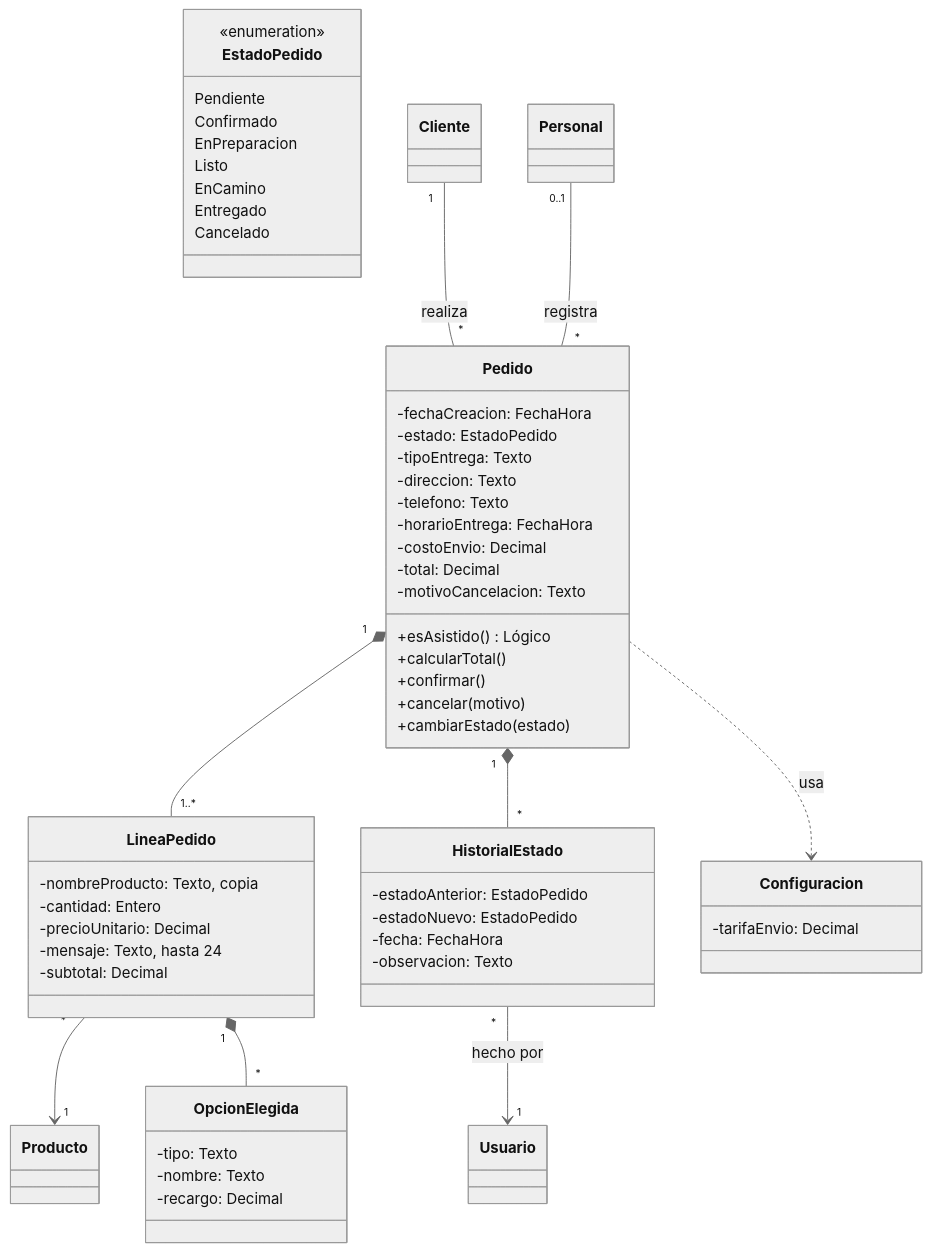
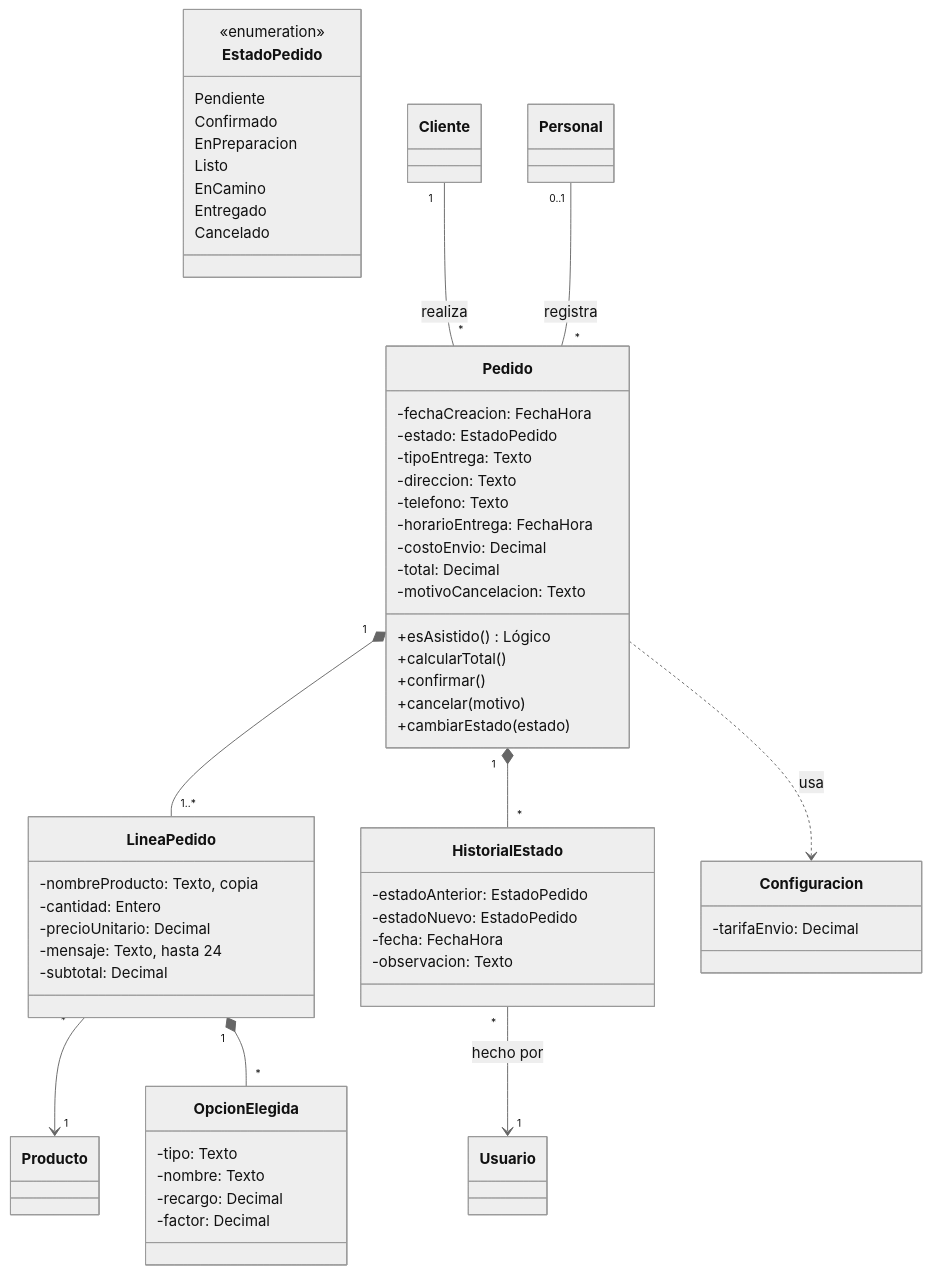
Before and after one commit to Anton10-AR/DulcesAromas: the sixth of 12 diagrams in docs/04-modelos-uml.md, drawn with Mermaid (neutral theme). The commit also changed other lines of this file and 37 other files, not shown here.

````diff
--- a/docs/04-modelos-uml.md
+++ b/docs/04-modelos-uml.md
@@ -258,62 +267,63 @@
 ```mermaid
 classDiagram
   class Pedido {
     -fechaCreacion: FechaHora
     -estado: EstadoPedido
     -tipoEntrega: Texto
     -direccion: Texto
     -telefono: Texto
     -horarioEntrega: FechaHora
     -costoEnvio: Decimal
     -total: Decimal
     -motivoCancelacion: Texto
     +esAsistido() Lógico
     +calcularTotal()
     +confirmar()
     +cancelar(motivo)
     +cambiarEstado(estado)
   }
   class LineaPedido {
     -nombreProducto: Texto, copia
     -cantidad: Entero
     -precioUnitario: Decimal
     -mensaje: Texto, hasta 24
     -subtotal: Decimal
   }
   class OpcionElegida {
     -tipo: Texto
     -nombre: Texto
     -recargo: Decimal
+    -factor: Decimal
   }
   class HistorialEstado {
     -estadoAnterior: EstadoPedido
     -estadoNuevo: EstadoPedido
     -fecha: FechaHora
     -observacion: Texto
   }
   class Configuracion {
     -tarifaEnvio: Decimal
   }
   class EstadoPedido {
     <<enumeration>>
     Pendiente
     Confirmado
     EnPreparacion
     Listo
     EnCamino
     Entregado
     Cancelado
   }
   class Cliente
   class Personal
   class Producto
   class Usuario
   Cliente "1" -- "*" Pedido : realiza
   Personal "0..1" -- "*" Pedido : registra
   Pedido "1" *-- "1..*" LineaPedido
   LineaPedido "*" --> "1" Producto
   LineaPedido "1" *-- "*" OpcionElegida
   Pedido "1" *-- "*" HistorialEstado
   HistorialEstado "*" --> "1" Usuario : hecho por
   Pedido ..> Configuracion : usa
 ```
````
